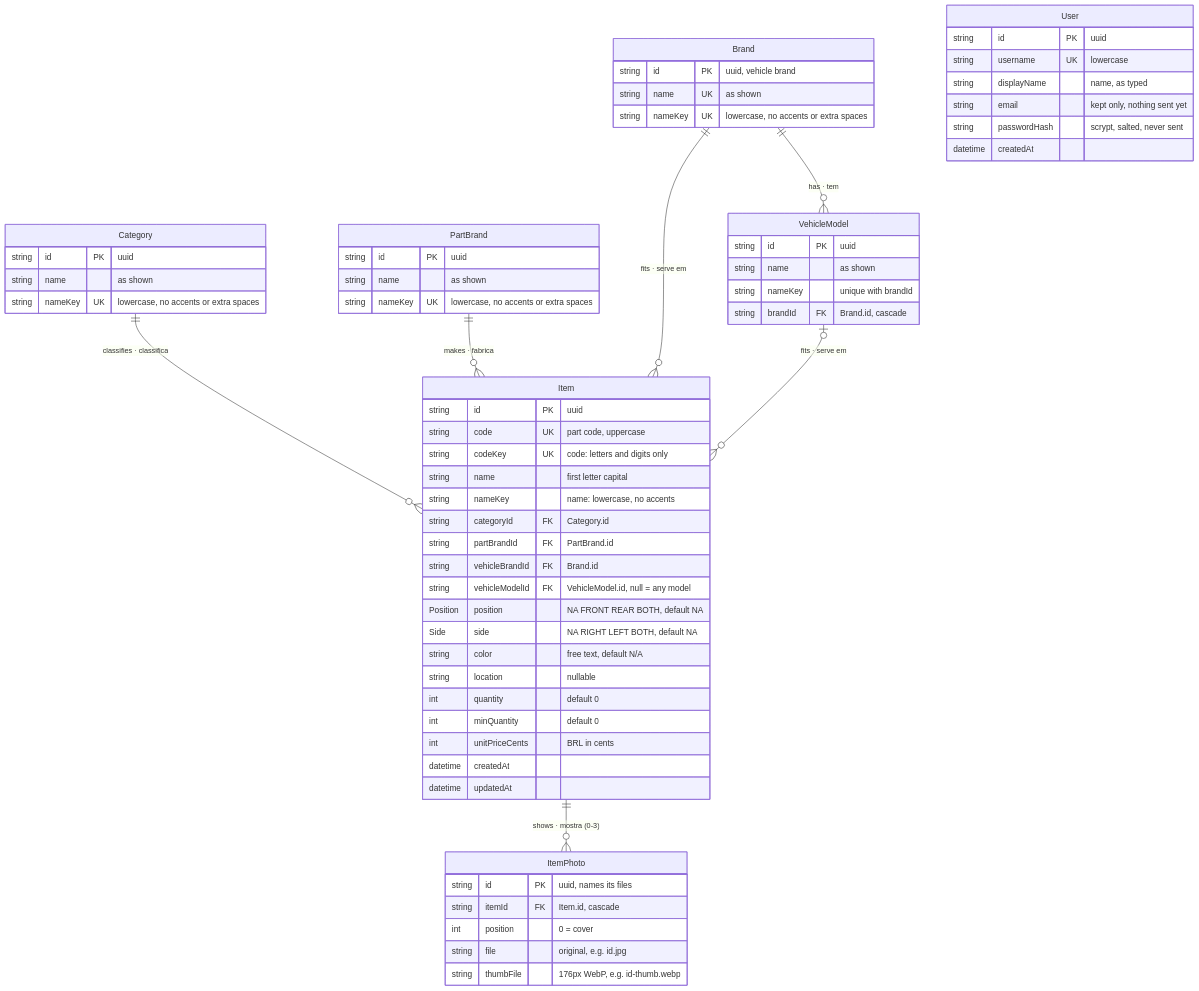
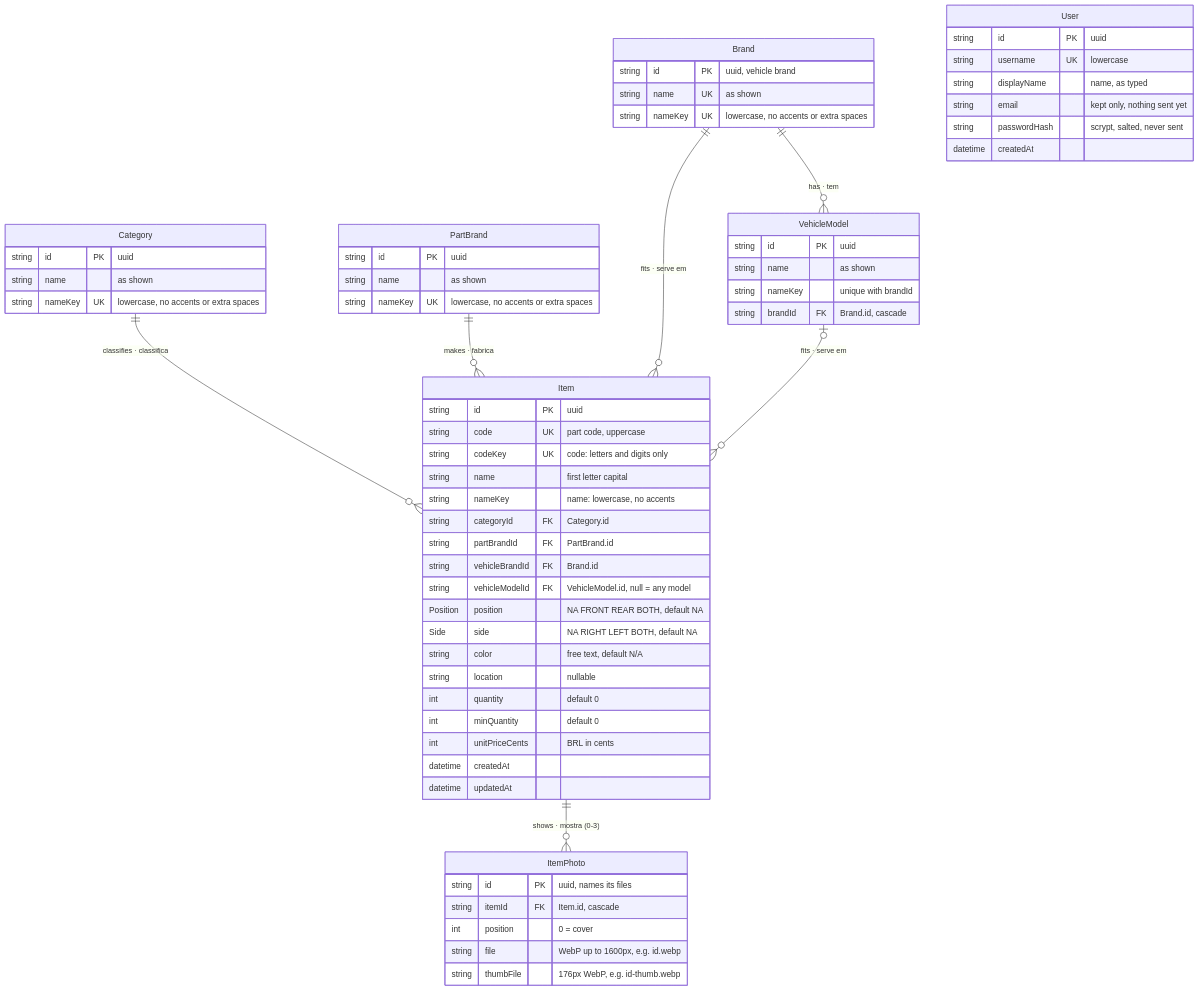
Before and after one commit to ChrisCamilo/apc-universal-repair: the diagram in docs/database.md, drawn with Mermaid. The commit also changed other lines of this file and 1 other file, not shown here.

Commit message:
docs: Describe the reduced photo files in the schema and the database docs

````diff
--- a/docs/database.md
+++ b/docs/database.md
@@ -11,66 +11,66 @@
 ```mermaid
 erDiagram
     Category ||--o{ Item : "classifies · classifica"
     PartBrand ||--o{ Item : "makes · fabrica"
     Brand ||--o{ Item : "fits · serve em"
     Brand ||--o{ VehicleModel : "has · tem"
     VehicleModel |o--o{ Item : "fits · serve em"
     Item ||--o{ ItemPhoto : "shows · mostra (0-3)"
 
     Item {
         string id PK "uuid"
         string code UK "part code, uppercase"
         string codeKey UK "code: letters and digits only"
         string name "first letter capital"
         string nameKey "name: lowercase, no accents"
         string categoryId FK "Category.id"
         string partBrandId FK "PartBrand.id"
         string vehicleBrandId FK "Brand.id"
         string vehicleModelId FK "VehicleModel.id, null = any model"
         Position position "NA FRONT REAR BOTH, default NA"
         Side side "NA RIGHT LEFT BOTH, default NA"
         string color "free text, default N/A"
         string location "nullable"
         int quantity "default 0"
         int minQuantity "default 0"
         int unitPriceCents "BRL in cents"
         datetime createdAt
         datetime updatedAt
     }
     ItemPhoto {
         string id PK "uuid, names its files"
         string itemId FK "Item.id, cascade"
         int position "0 = cover"
-        string file "original, e.g. id.jpg"
+        string file "WebP up to 1600px, e.g. id.webp"
         string thumbFile "176px WebP, e.g. id-thumb.webp"
     }
     Category {
         string id PK "uuid"
         string name "as shown"
         string nameKey UK "lowercase, no accents or extra spaces"
     }
     PartBrand {
         string id PK "uuid"
         string name "as shown"
         string nameKey UK "lowercase, no accents or extra spaces"
     }
     Brand {
         string id PK "uuid, vehicle brand"
         string name UK "as shown"
         string nameKey UK "lowercase, no accents or extra spaces"
     }
     VehicleModel {
         string id PK "uuid"
         string name "as shown"
         string nameKey "unique with brandId"
         string brandId FK "Brand.id, cascade"
     }
     User {
         string id PK "uuid"
         string username UK "lowercase"
         string displayName "name, as typed"
         string email "kept only, nothing sent yet"
         string passwordHash "scrypt, salted, never sent"
         datetime createdAt
     }
 ```
````
